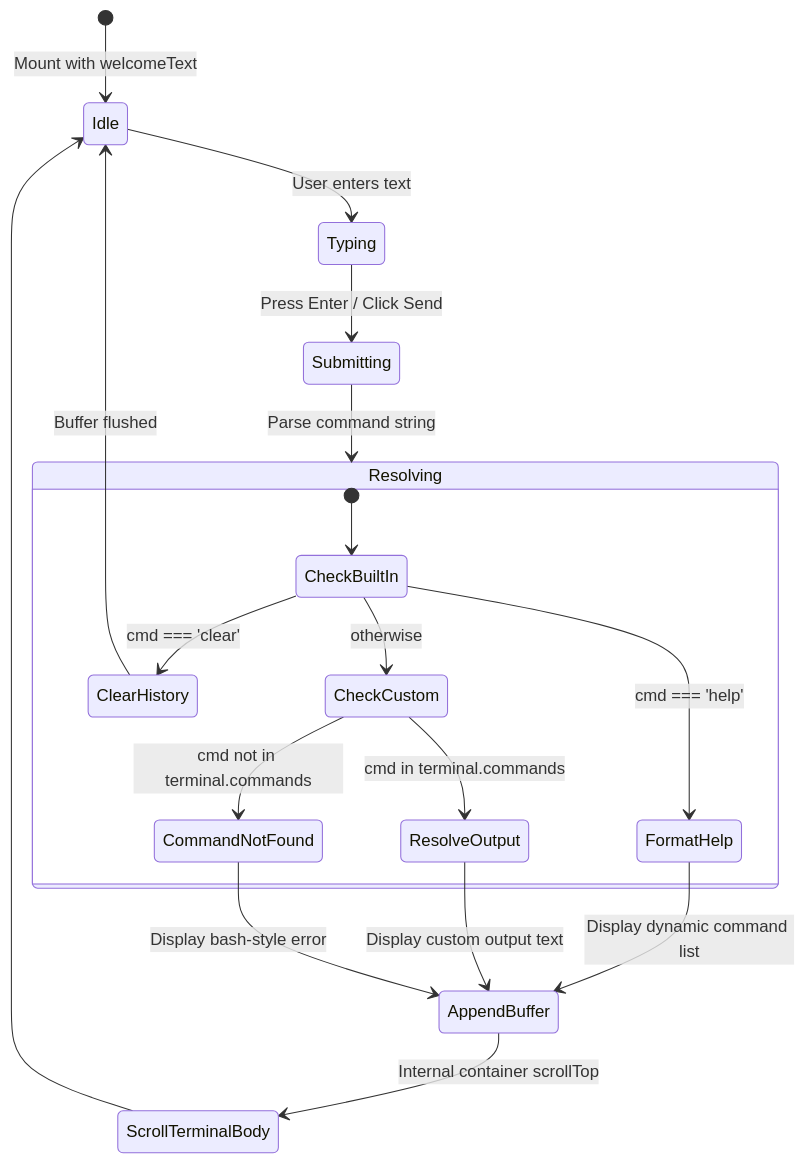
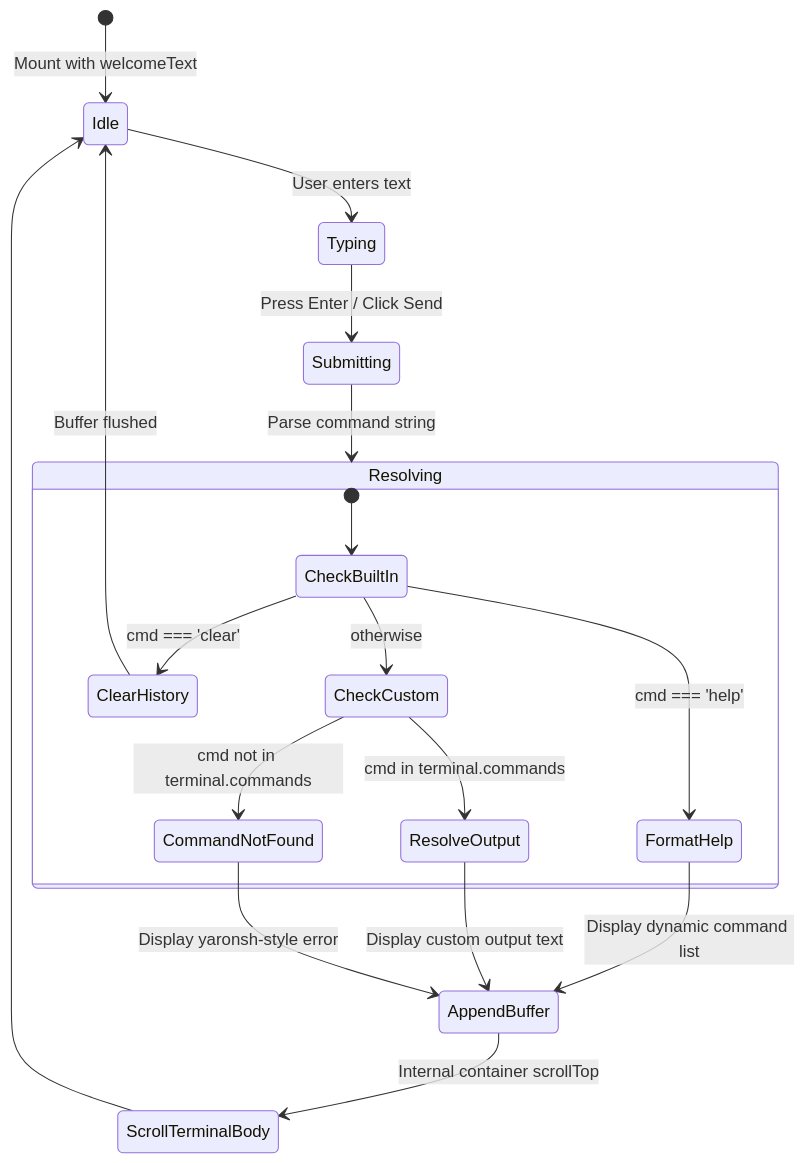
One commit to YaronL16/Web changed the diagram in specs/04-terminal-engine-spec.md. Above: the diagram before and after it, drawn with Mermaid. The commit also changed other lines of this file and 4 other files, not shown here.

````diff
--- a/specs/04-terminal-engine-spec.md
+++ b/specs/04-terminal-engine-spec.md
@@ -11,23 +11,23 @@
 ```mermaid
 stateDiagram-v2
     [*] --> Idle: Mount with welcomeText
     Idle --> Typing: User enters text
     Typing --> Submitting: Press Enter / Click Send
     Submitting --> Resolving: Parse command string
     
     state Resolving {
         [*] --> CheckBuiltIn
         CheckBuiltIn --> ClearHistory: cmd === 'clear'
         CheckBuiltIn --> FormatHelp: cmd === 'help'
         CheckBuiltIn --> CheckCustom: otherwise
         CheckCustom --> ResolveOutput: cmd in terminal.commands
         CheckCustom --> CommandNotFound: cmd not in terminal.commands
     }
 
     ClearHistory --> Idle: Buffer flushed
     FormatHelp --> AppendBuffer: Display dynamic command list
     ResolveOutput --> AppendBuffer: Display custom output text
-    CommandNotFound --> AppendBuffer: Display bash-style error
+    CommandNotFound --> AppendBuffer: Display yaronsh-style error
     AppendBuffer --> ScrollTerminalBody: Internal container scrollTop
     ScrollTerminalBody --> Idle
 ```
````
